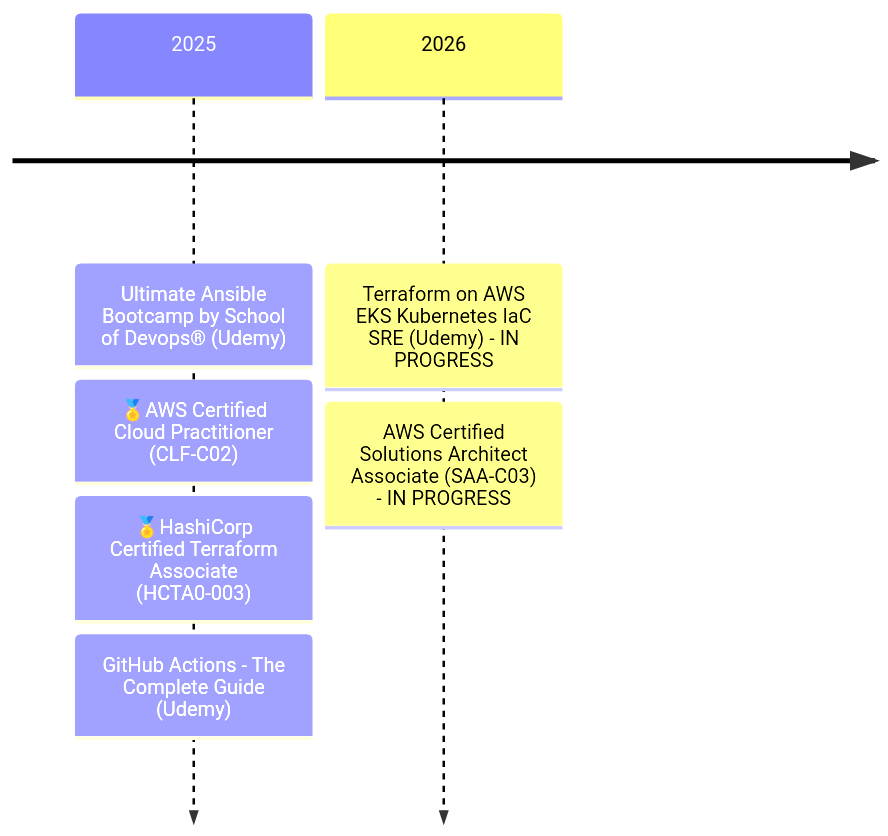
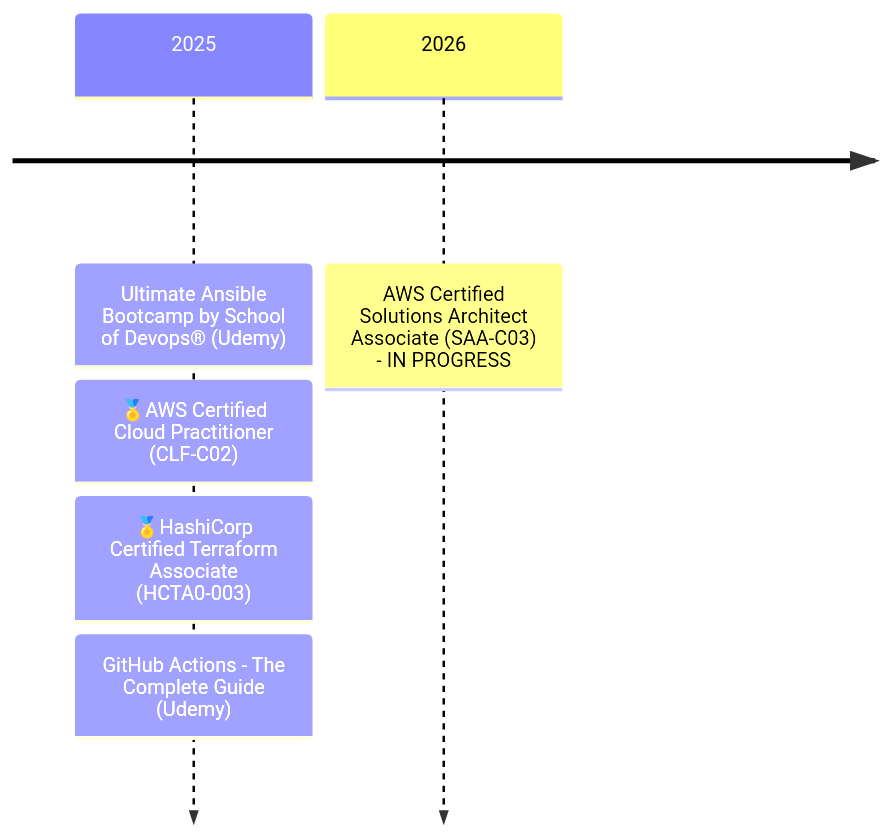
The diagram in content/about.md (rtdevx/rtdevx.github.io), drawn with Mermaid before and after one commit. The commit also changed other lines of this file and 1 other file, not shown here.

```diff
--- a/content/about.md
+++ b/content/about.md
@@ -65,9 +65,8 @@
 {{< mermaid >}}
 timeline    
     2025 : Ultimate Ansible Bootcamp by School of Devops® (Udemy)
          : 🏅AWS Certified Cloud Practitioner (CLF-C02)
          : 🏅HashiCorp Certified Terraform Associate (HCTA0-003)
          : GitHub Actions - The Complete Guide (Udemy)
-    2026 : Terraform on AWS EKS Kubernetes IaC SRE (Udemy) - IN PROGRESS
-	     : AWS Certified Solutions Architect Associate (SAA-C03) - IN PROGRESS
+    2026 : AWS Certified Solutions Architect Associate (SAA-C03) - IN PROGRESS
 {{< /mermaid >}}
```
